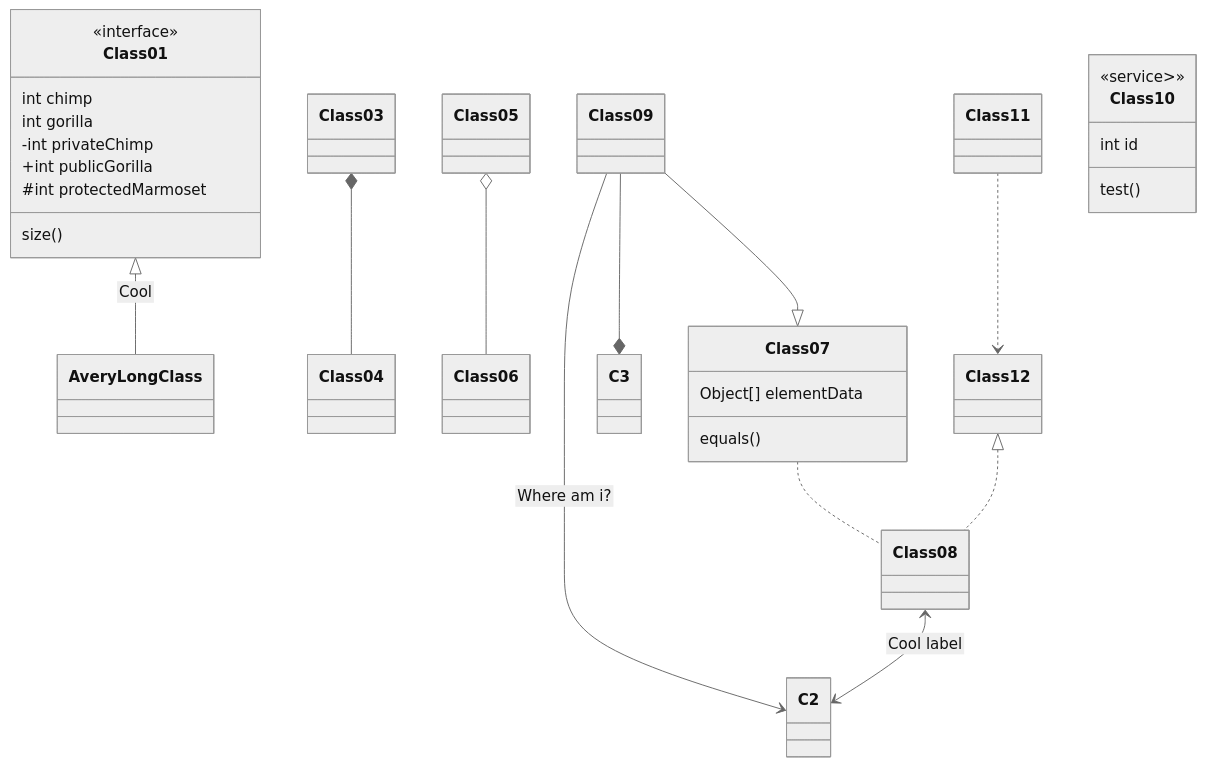
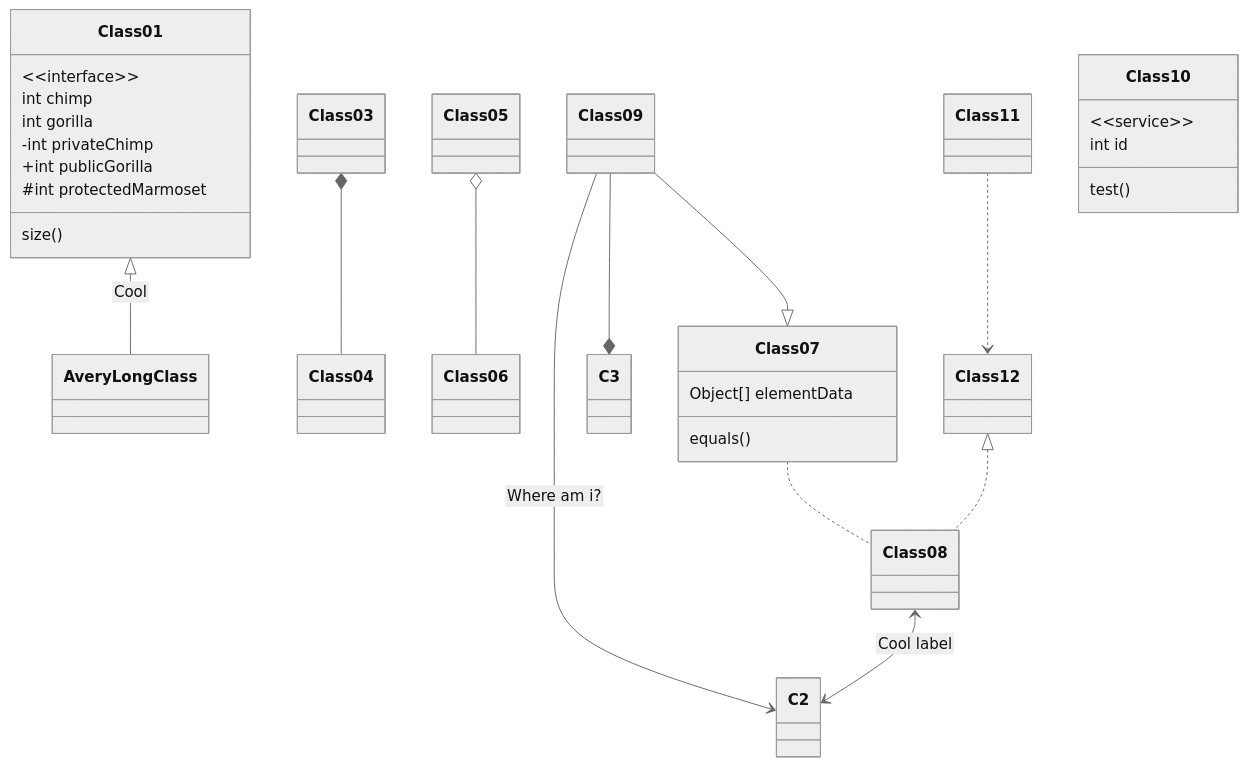
One commit to pbrolin47/mermaid-pbrolin47 changed the diagram in e2e/diagrams/class-diagram/pr/1-should-render-a-simple-class-diagram.mmd. Above: the diagram before and after it, drawn with Mermaid (neutral theme). The commit also changed 8 other files, not shown here.

Commit message:
Fix html-escaped problems

```diff
--- a/e2e/diagrams/class-diagram/pr/1-should-render-a-simple-class-diagram.mmd
+++ b/e2e/diagrams/class-diagram/pr/1-should-render-a-simple-class-diagram.mmd
@@ -1,39 +1,42 @@
 ---
 description: >-
   Broad classDiagram-v2 smoke test covering inheritance, composition,
   aggregation, dependency, link, and realization relationship arrows, an
-  `<<interface>>` stereotype, member visibility markers (+/-/#), and a class
-  body block with a stereotype containing an HTML entity. Rendered with
+  interface stereotype, member visibility markers (+/-/#), and a
+  class body block with an entity-escaped stereotype (required so the
+  fixture survives the e2e harness's innerHTML round-trip). Rendered with
   flowchart htmlLabels disabled.
 config:
   logLevel: 1
   flowchart:
     htmlLabels: false
 ---
 classDiagram-v2
   Class01 <|-- AveryLongClass : Cool
  
-  <<interface>> Class01
- 
+  class Class01 {
+   &lt;&lt;interface&gt;&gt;
+  }
+
   Class03 *-- Class04
   Class05 o-- Class06
   Class07 .. Class08
   Class09 --> C2 : Where am i?
   Class09 --* C3
   Class09 --|> Class07
   Class12 <|.. Class08
   Class11 ..>Class12
   Class07 : equals()
   Class07 : Object[] elementData
   Class01 : size()
   Class01 : int chimp
   Class01 : int gorilla
   Class01 : -int privateChimp
   Class01 : +int publicGorilla
   Class01 : #int protectedMarmoset
   Class08 <--> C2: Cool label
   class Class10 {
-  <<service&gt>>
+  &lt;&lt;service&gt;&gt;
   int id
   test()
   }
```
